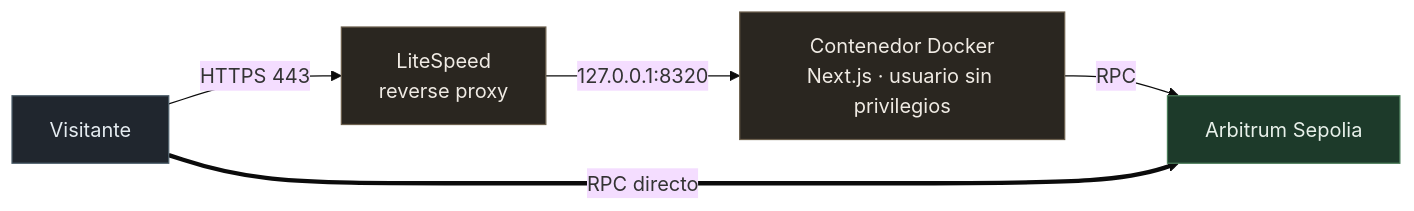
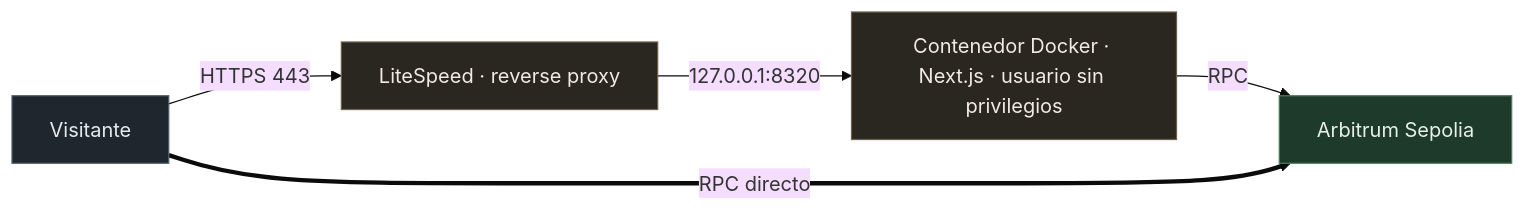
Before and after one commit to kasbsquall/remand: the fifth of 5 diagrams in docs/ARCHITECTURE.md, drawn with Mermaid (base theme). The commit also changed other lines of this file, not shown here.

First line of the commit message:
fix(docs): etiquetas de Mermaid en una sola linea

````diff
--- a/docs/ARCHITECTURE.md
+++ b/docs/ARCHITECTURE.md
@@ -235,14 +235,14 @@
 ```mermaid
 flowchart LR
-    N["Visitante"] -->|HTTPS 443| LS["LiteSpeed<br>reverse proxy"]
-    LS -->|"127.0.0.1:8320"| D["Contenedor Docker<br>Next.js · usuario sin privilegios"]
+    N["Visitante"] -->|HTTPS 443| LS["LiteSpeed · reverse proxy"]
+    LS -->|"127.0.0.1:8320"| D["Contenedor Docker · Next.js · usuario sin privilegios"]
     D -->|RPC| ARB["Arbitrum Sepolia"]
     N ==>|"RPC directo"| ARB
 
     classDef pub fill:#20262e,stroke:#4d5f6b,color:#e4ebf0
     classDef srv fill:#2a2620,stroke:#6b5f4d,color:#f0ebe4
     classDef chain fill:#1d3a2a,stroke:#4a7c59,color:#e8f0ea
     class N pub
     class LS,D srv
     class ARB chain
 ```
````
